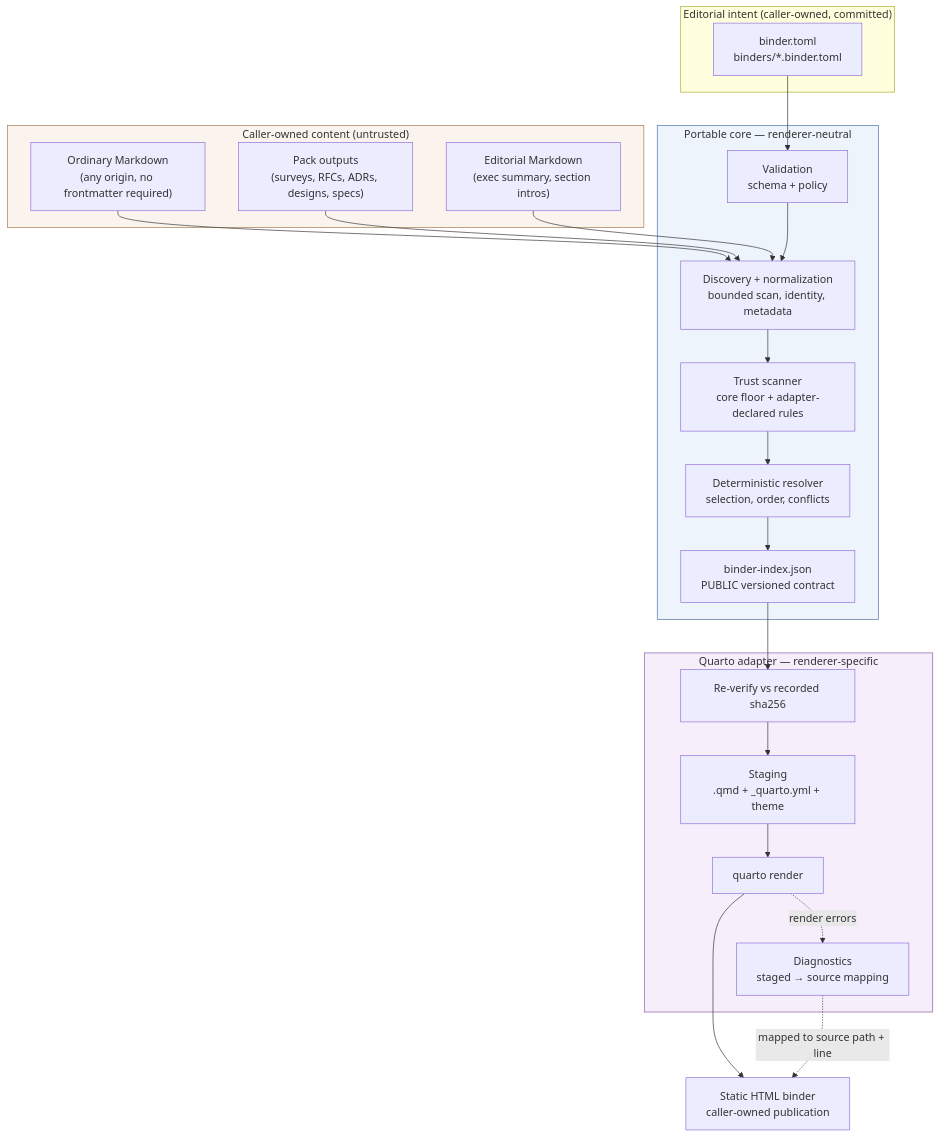
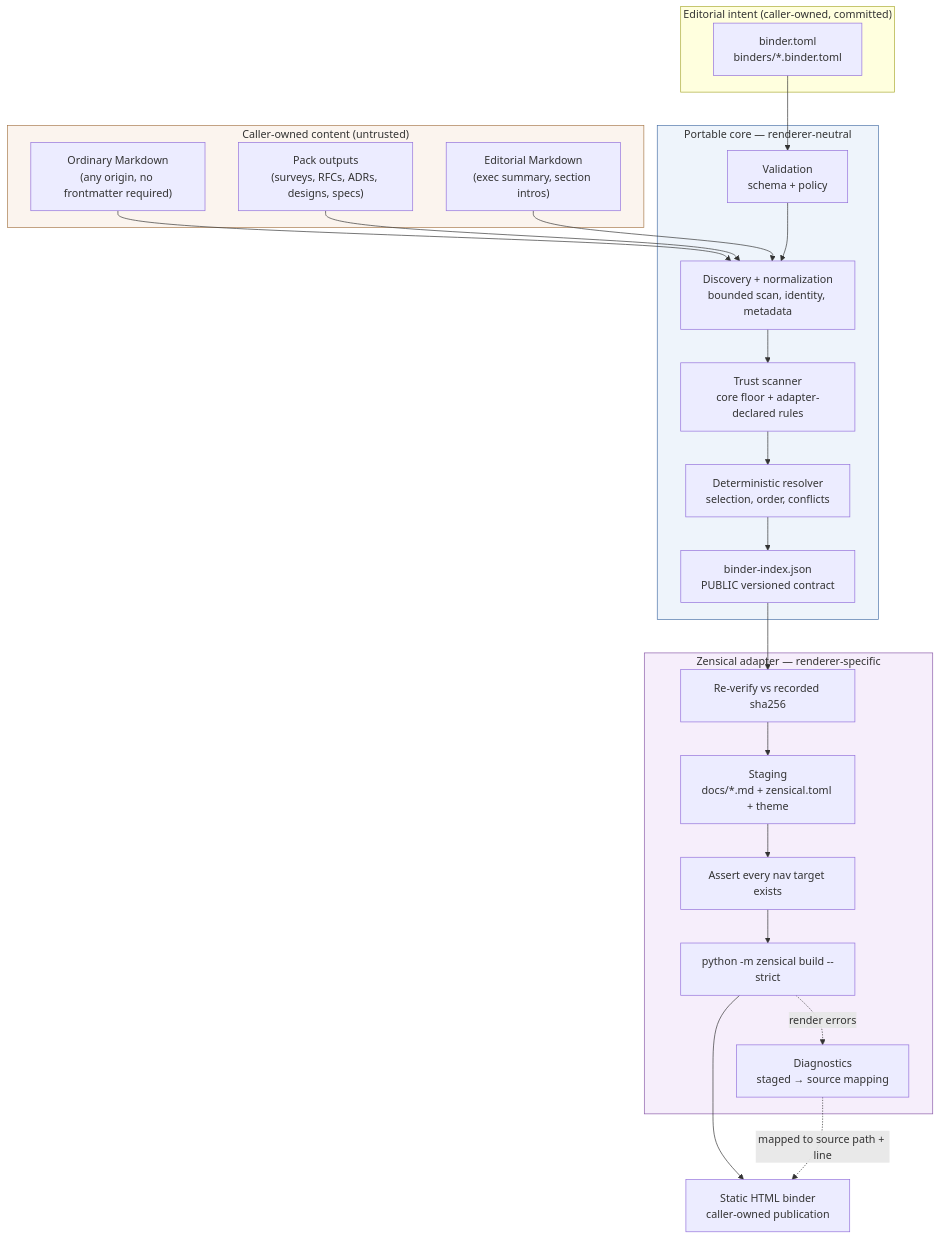
One commit to eugenelim/agent-ready-repo changed the diagram in docs/architecture/binder-publishing/overview.md. Above: the diagram before and after it, drawn with Mermaid. The commit also changed other lines of this file and 22 other files, not shown here.

First line of the commit message:
docs(architecture): propagate the binder-publishing decisions and gate the renderer by spike

````diff
--- a/docs/architecture/binder-publishing/overview.md
+++ b/docs/architecture/binder-publishing/overview.md
@@ -776,41 +435,42 @@
 ```mermaid
 flowchart TB
   subgraph sources["Caller-owned content (untrusted)"]
     MD["Ordinary Markdown<br/>(any origin, no frontmatter required)"]
     PK["Pack outputs<br/>(surveys, RFCs, ADRs, designs, specs)"]
     ED["Editorial Markdown<br/>(exec summary, section intros)"]
   end
 
   subgraph recipe["Editorial intent (caller-owned, committed)"]
     BT["binder.toml<br/>binders/*.binder.toml"]
   end
 
   subgraph core["Portable core — renderer-neutral"]
     VAL["Validation<br/>schema + policy"]
     DISC["Discovery + normalization<br/>bounded scan, identity, metadata"]
     SCAN["Trust scanner<br/>core floor + adapter-declared rules"]
     RES["Deterministic resolver<br/>selection, order, conflicts"]
     IDX["binder-index.json<br/>PUBLIC versioned contract"]
   end
 
-  subgraph adapter["Quarto adapter — renderer-specific"]
+  subgraph adapter["Zensical adapter — renderer-specific"]
     REV["Re-verify vs recorded sha256"]
-    STAGE["Staging<br/>.qmd + _quarto.yml + theme"]
-    INV["quarto render"]
+    STAGE["Staging<br/>docs/*.md + zensical.toml + theme"]
+    NAV["Assert every nav target exists"]
+    INV["python -m zensical build --strict"]
     DIAG["Diagnostics<br/>staged → source mapping"]
   end
 
   OUT["Static HTML binder<br/>caller-owned publication"]
 
   MD --> DISC
   PK --> DISC
   ED --> DISC
   BT --> VAL --> DISC --> SCAN --> RES --> IDX
-  IDX --> REV --> STAGE --> INV --> OUT
+  IDX --> REV --> STAGE --> NAV --> INV --> OUT
   INV -.render errors.-> DIAG
   DIAG -.mapped to source path + line.-> OUT
 
   style core fill:#eef4fb,stroke:#4a72a8
   style adapter fill:#f6eefb,stroke:#8a5aa8
   style sources fill:#fbf4ee,stroke:#a8794a
 ```
````
